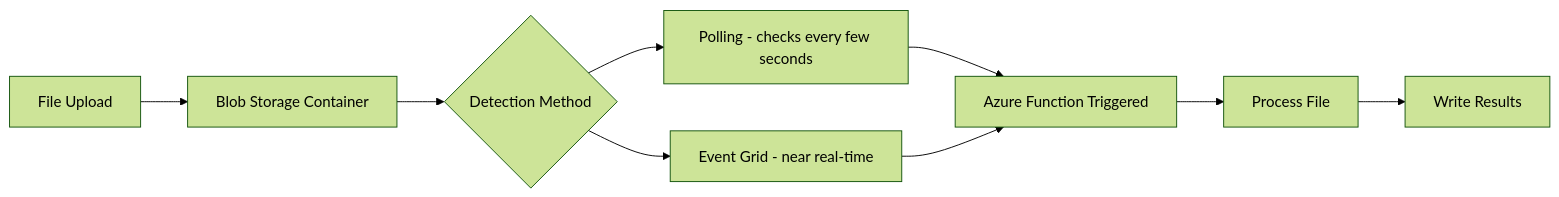
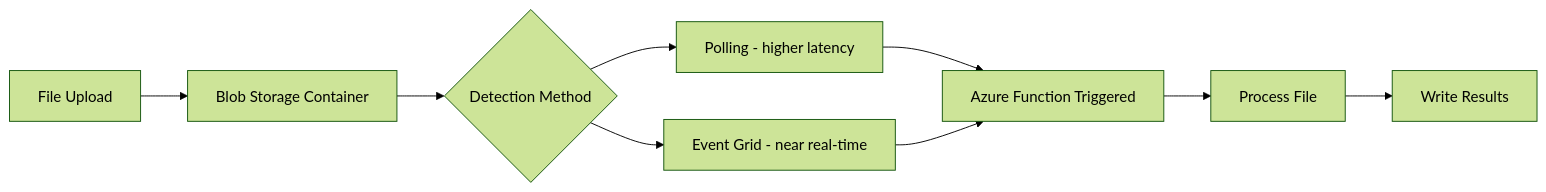
Before and after one commit to OneUptime/blog: the diagram in posts/2026-02-16-how-to-use-azure-functions-blob-trigger-to-process-uploaded-files/README.md, drawn with Mermaid (forest theme). The commit also changed other lines of this file and 2 other files, not shown here.

````diff
--- a/posts/2026-02-16-how-to-use-azure-functions-blob-trigger-to-process-uploaded-files/README.md
+++ b/posts/2026-02-16-how-to-use-azure-functions-blob-trigger-to-process-uploaded-files/README.md
@@ -21,11 +21,11 @@
 ```mermaid
 graph LR
     A[File Upload] --> B[Blob Storage Container]
     B --> C{Detection Method}
-    C --> D[Polling - checks every few seconds]
+    C --> D[Polling - higher latency]
     C --> E[Event Grid - near real-time]
     D --> F[Azure Function Triggered]
     E --> F
     F --> G[Process File]
     G --> H[Write Results]
 ```
````
